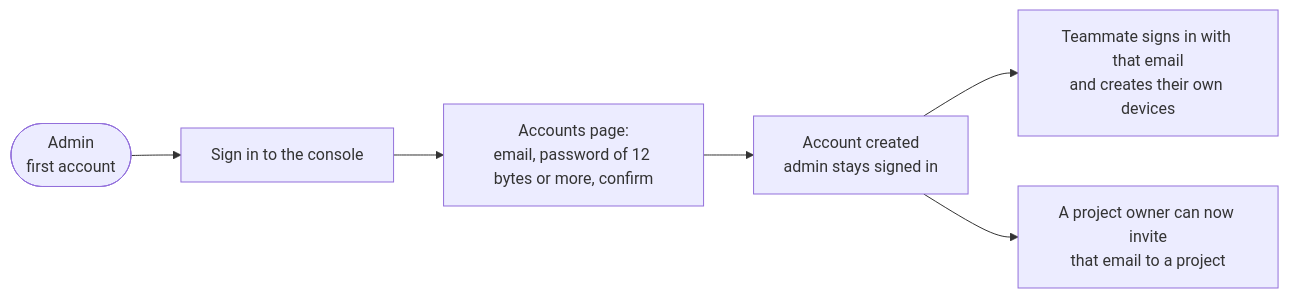
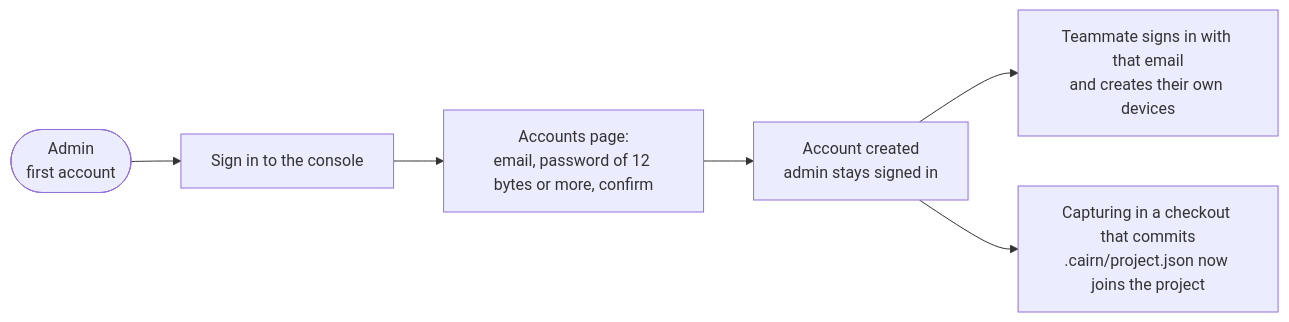
Before and after one commit to cunilab/cairn-memory: diagram 17 of 17 in docs/data-flow.md, drawn with Mermaid. The commit also changed other lines of this file and 34 other files, not shown here.

````diff
--- a/docs/data-flow.md
+++ b/docs/data-flow.md
@@ -597,9 +597,9 @@
 ```mermaid
 flowchart LR
     Ad(["Admin<br/>first account"])
     Ad --> N1["Sign in to the console"]
     N1 --> N2["Accounts page:<br/>email, password of 12 bytes or more, confirm"]
     N2 --> N3["Account created<br/>admin stays signed in"]
     N3 --> N4["Teammate signs in with that email<br/>and creates their own devices"]
-    N3 --> N5["A project owner can now invite<br/>that email to a project"]
+    N3 --> N5["Capturing in a checkout that commits<br/>.cairn/project.json now joins the project"]
 ```
````
